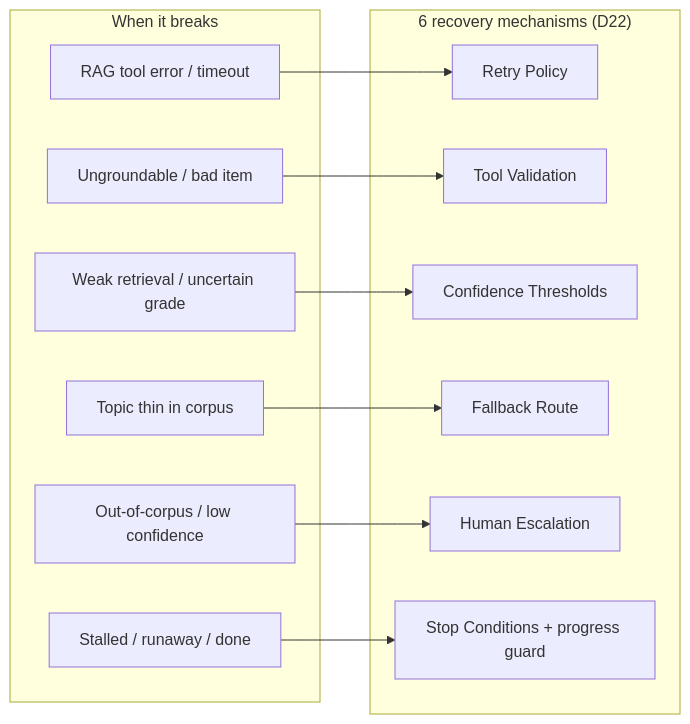
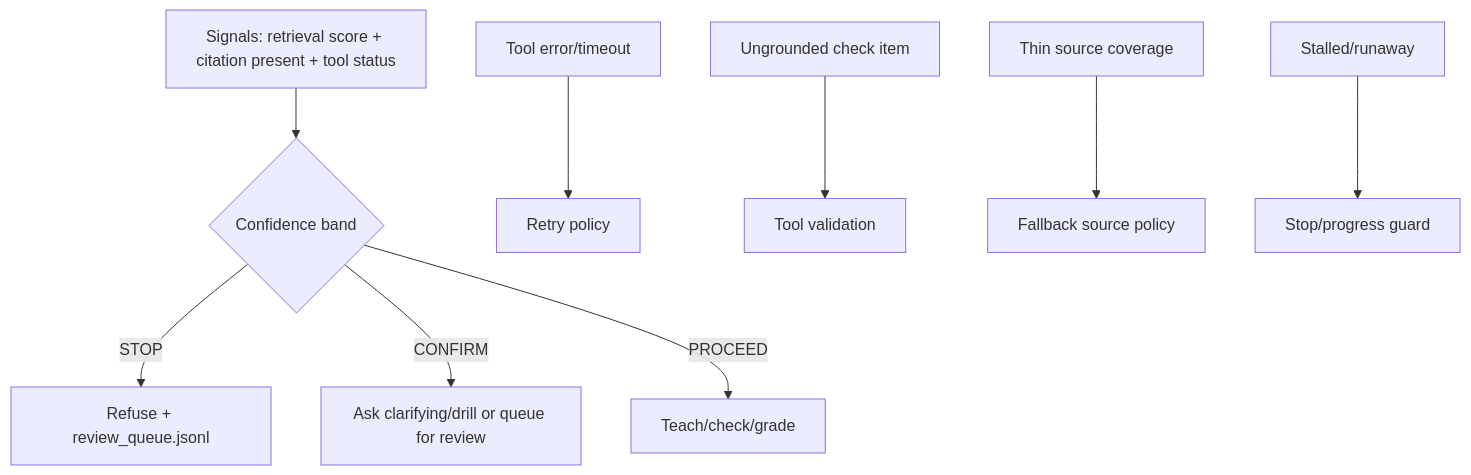
One commit to manjunath84/genacademy-coach changed the fourth of 7 diagrams in docs/architecture-diagrams.md. Above: the diagram before and after it, drawn with Mermaid. The commit also changed other lines of this file and 13 other files, not shown here.

````diff
--- a/docs/architecture-diagrams.md
+++ b/docs/architecture-diagrams.md
@@ -175,25 +138,12 @@
 ```mermaid
-flowchart LR
-    subgraph Triggers["When it breaks"]
-        t1["RAG tool error / timeout"]
-        t2["Ungroundable / bad item"]
-        t3["Weak retrieval / uncertain grade"]
-        t4["Topic thin in corpus"]
-        t5["Out-of-corpus / low confidence"]
-        t6["Stalled / runaway / done"]
-    end
-    subgraph Mech["6 recovery mechanisms (D22)"]
-        m1["Retry Policy"]
-        m2["Tool Validation"]
-        m3["Confidence Thresholds"]
-        m4["Fallback Route"]
-        m5["Human Escalation"]
-        m6["Stop Conditions + progress guard"]
-    end
-    t1 --> m1
-    t2 --> m2
-    t3 --> m3
-    t4 --> m4
-    t5 --> m5
-    t6 --> m6
+flowchart TD
+    Signals["Signals: retrieval score + citation present + tool status"] --> Band{"Confidence band"}
+    Band -->|STOP| Refuse["Refuse + review_queue.jsonl"]
+    Band -->|CONFIRM| Caveat["Ask clarifying/drill or queue for review"]
+    Band -->|PROCEED| Teach["Teach/check/grade"]
+
+    ToolErr["Tool error/timeout"] --> Retry["Retry policy"]
+    BadItem["Ungrounded check item"] --> Validation["Tool validation"]
+    ThinTopic["Thin source coverage"] --> Fallback["Fallback source policy"]
+    Loop["Stalled/runaway"] --> Stop["Stop/progress guard"]
 ```
````
